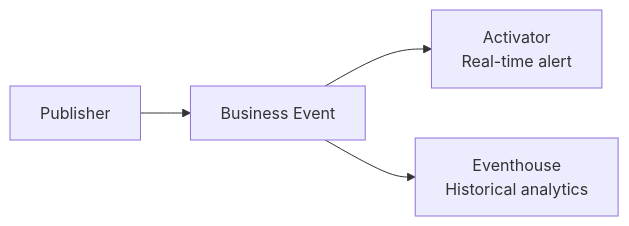
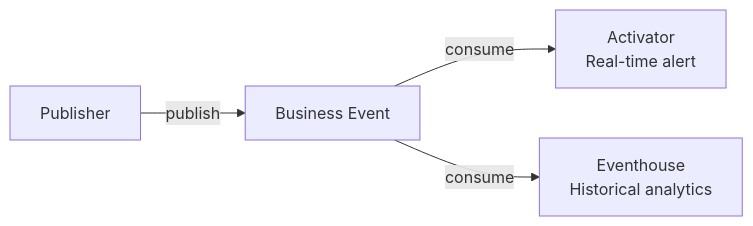
The second of 4 diagrams in docs/business-events/design-guides/multi-consumer-fanout.md (microsoft/fabric-events), drawn with Mermaid before and after one commit. The commit also changed other lines of this file and 6 other files, not shown here.

````diff
--- a/docs/business-events/design-guides/multi-consumer-fanout.md
+++ b/docs/business-events/design-guides/multi-consumer-fanout.md
@@ -23,6 +23,6 @@
 ```mermaid
 flowchart LR
-    P[Publisher] --> BE[Business Event]
-    BE --> ACT[Activator\nReal-time alert]
-    BE --> EH[Eventhouse\nHistorical analytics]
+    P[Publisher] -->|publish| BE[Business Event]
+    BE -->|consume| ACT[Activator\nReal-time alert]
+    BE -->|consume| EH[Eventhouse\nHistorical analytics]
 ```
````
